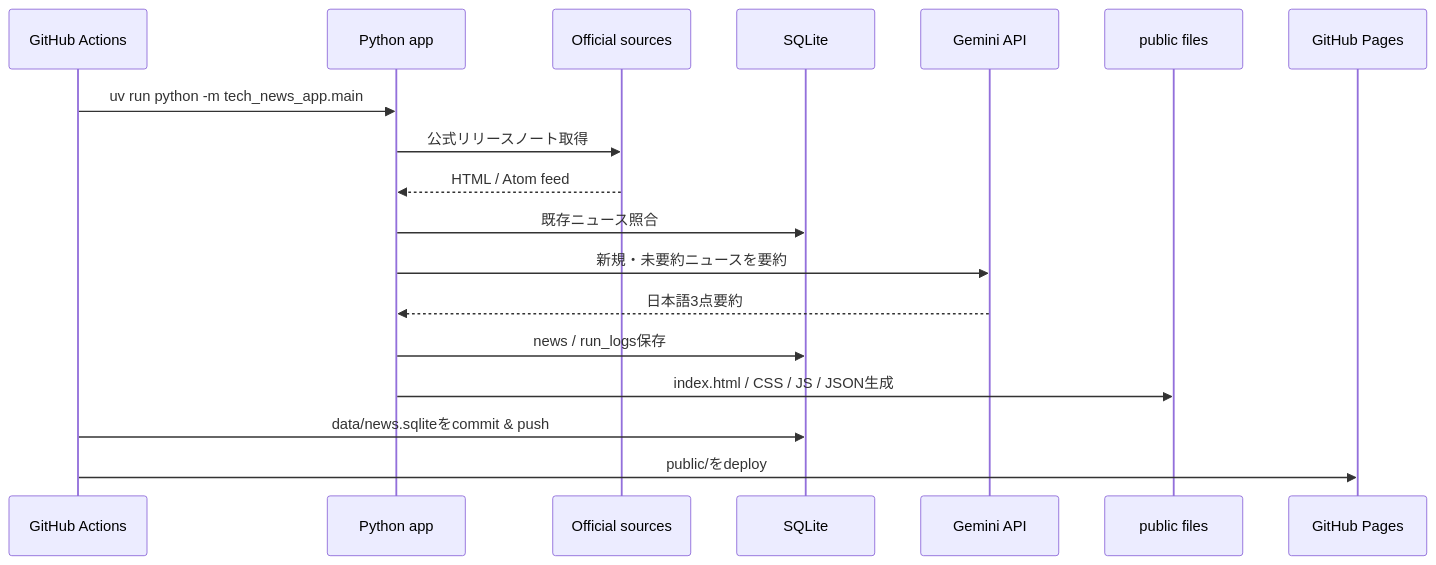
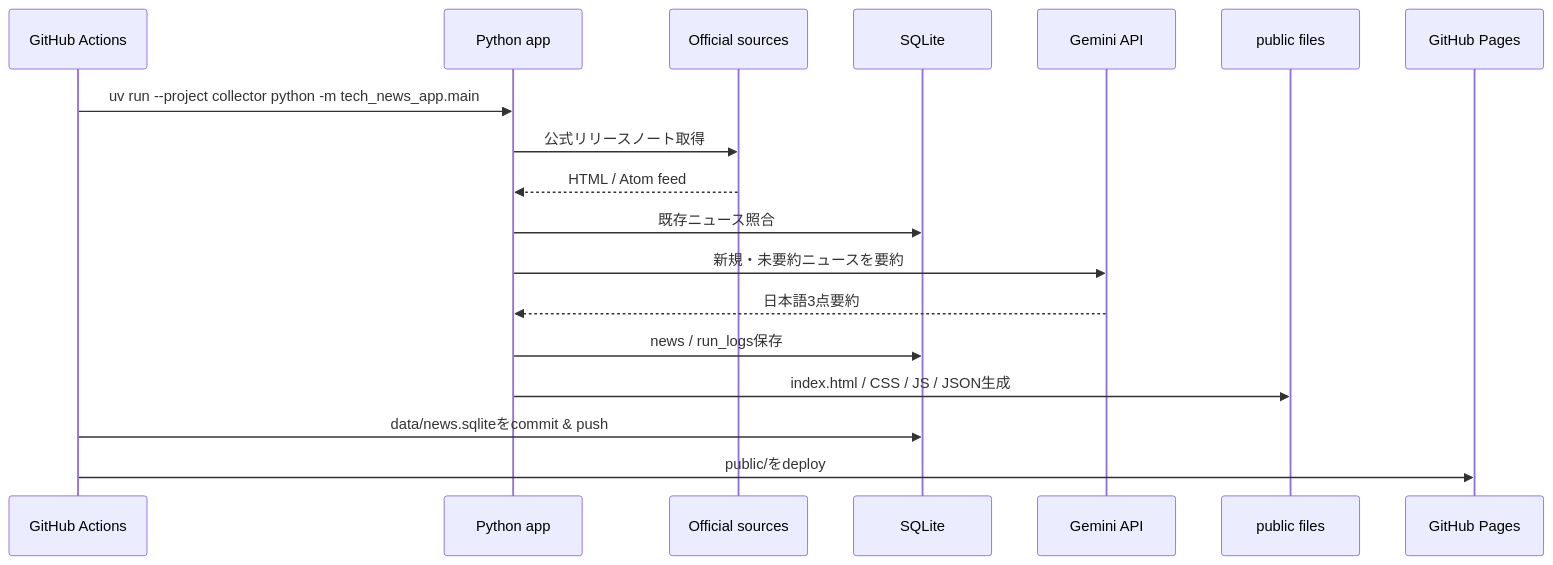
One commit to meak-c/tech_news_app- changed the second of 2 diagrams in docs/architecture.md. Above: the diagram before and after it, drawn with Mermaid. The commit also changed other lines of this file and 21 other files, not shown here.

````diff
--- a/docs/architecture.md
+++ b/docs/architecture.md
@@ -164,21 +164,21 @@
 ```mermaid
 sequenceDiagram
     participant GH as GitHub Actions
     participant App as Python app
     participant Src as Official sources
     participant DB as SQLite
     participant LLM as Gemini API
     participant Pub as public files
     participant Pages as GitHub Pages
 
-    GH->>App: uv run python -m tech_news_app.main
+    GH->>App: uv run --project collector python -m tech_news_app.main
     App->>Src: 公式リリースノート取得
     Src-->>App: HTML / Atom feed
     App->>DB: 既存ニュース照合
     App->>LLM: 新規・未要約ニュースを要約
     LLM-->>App: 日本語3点要約
     App->>DB: news / run_logs保存
     App->>Pub: index.html / CSS / JS / JSON生成
     GH->>DB: data/news.sqliteをcommit & push
     GH->>Pages: public/をdeploy
 ```
````
